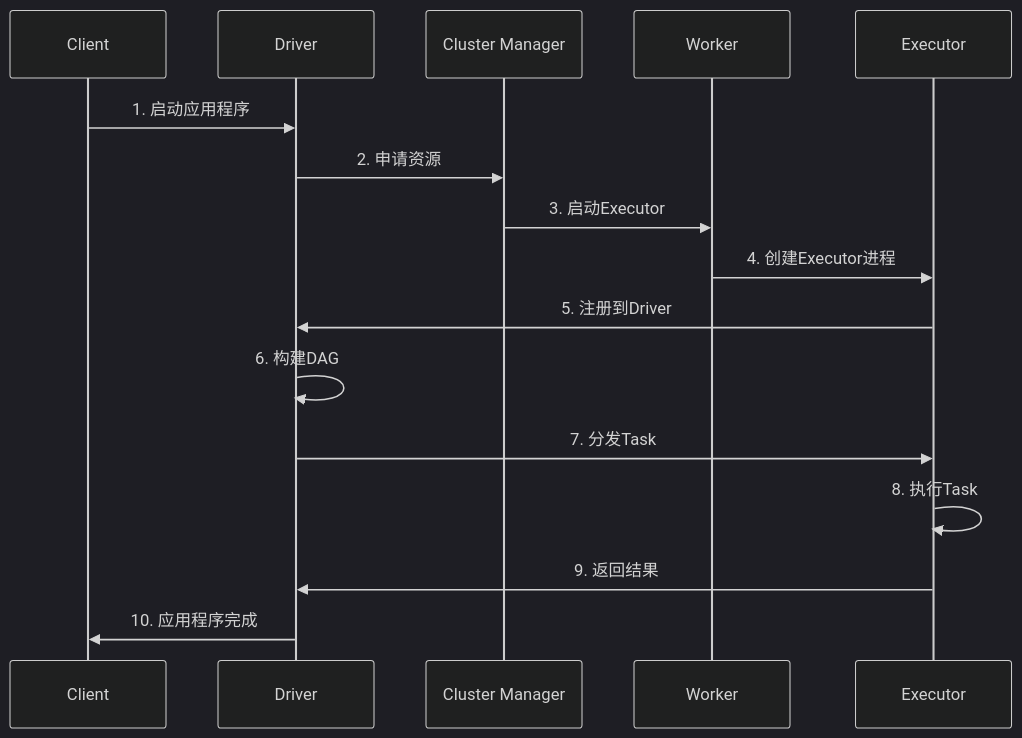
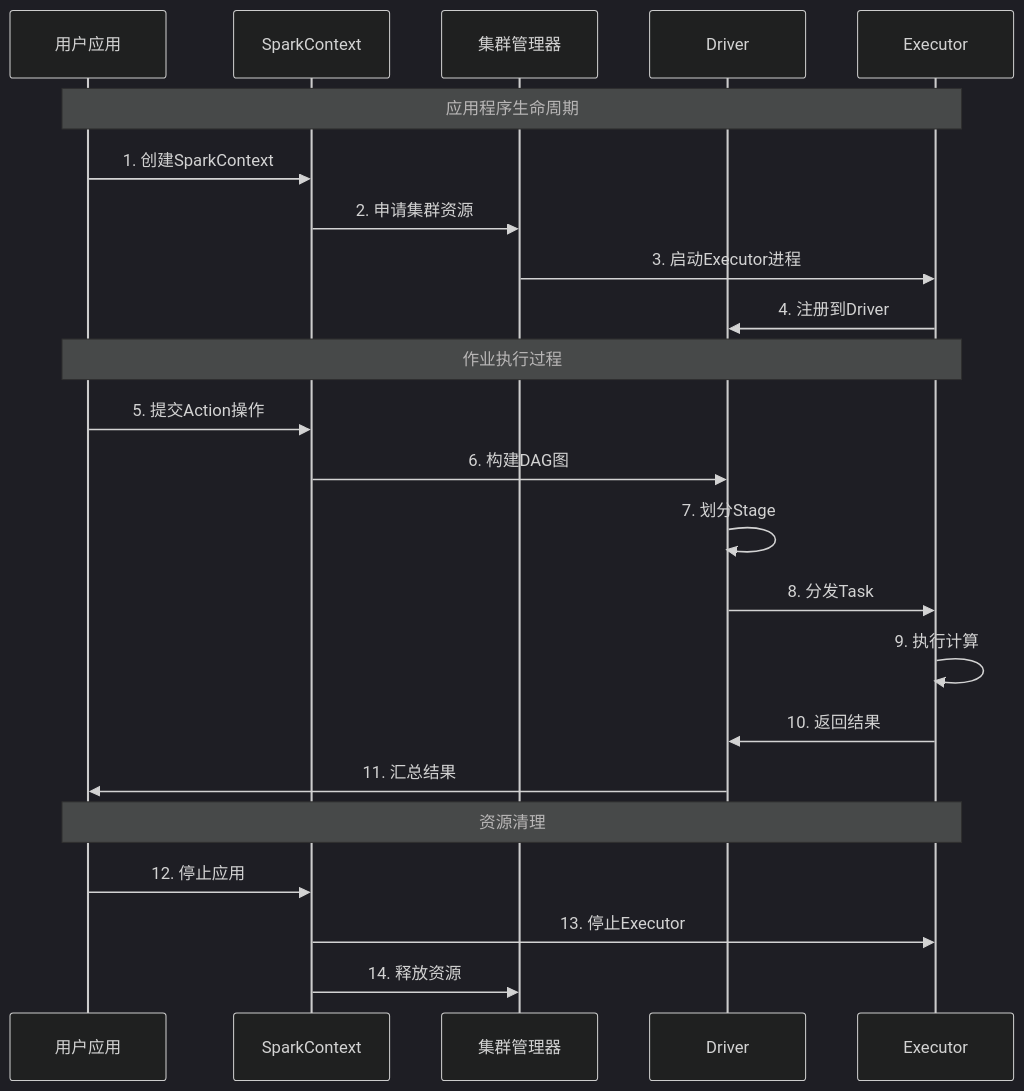
One commit to ralph-wren/TechStack-Handbook changed the seventh of 45 diagrams in 12.spark.md. Above: the diagram before and after it, drawn with Mermaid (dark theme). The commit also changed other lines of this file, not shown here.

First line of the commit message:
docs(12.spark.md): 重构Spark文档结构，扩充核心内容与章节

````diff
--- a/12.spark.md
+++ b/12.spark.md
@@ -980,19 +744,28 @@
 ```mermaid
 sequenceDiagram
-    participant Client
-    participant Driver
-    participant ClusterManager as Cluster Manager
-    participant Worker
-    participant Executor
+    participant User as 用户应用
+    participant SC as SparkContext
+    participant CM as 集群管理器
+    participant Driver as Driver
+    participant Executor as Executor
     
-    Client->>Driver: 1. 启动应用程序
-    Driver->>ClusterManager: 2. 申请资源
-    ClusterManager->>Worker: 3. 启动Executor
-    Worker->>Executor: 4. 创建Executor进程
-    Executor->>Driver: 5. 注册到Driver
-    Driver->>Driver: 6. 构建DAG
-    Driver->>Executor: 7. 分发Task
-    Executor->>Executor: 8. 执行Task
-    Executor->>Driver: 9. 返回结果
-    Driver->>Client: 10. 应用程序完成
+    Note over User, Executor: 应用程序生命周期
+    User->>SC: 1. 创建SparkContext
+    SC->>CM: 2. 申请集群资源
+    CM->>Executor: 3. 启动Executor进程
+    Executor->>Driver: 4. 注册到Driver
+    
+    Note over User, Executor: 作业执行过程
+    User->>SC: 5. 提交Action操作
+    SC->>Driver: 6. 构建DAG图
+    Driver->>Driver: 7. 划分Stage
+    Driver->>Executor: 8. 分发Task
+    Executor->>Executor: 9. 执行计算
+    Executor->>Driver: 10. 返回结果
+    Driver->>User: 11. 汇总结果
+    
+    Note over User, Executor: 资源清理
+    User->>SC: 12. 停止应用
+    SC->>Executor: 13. 停止Executor
+    SC->>CM: 14. 释放资源
 ```
````
